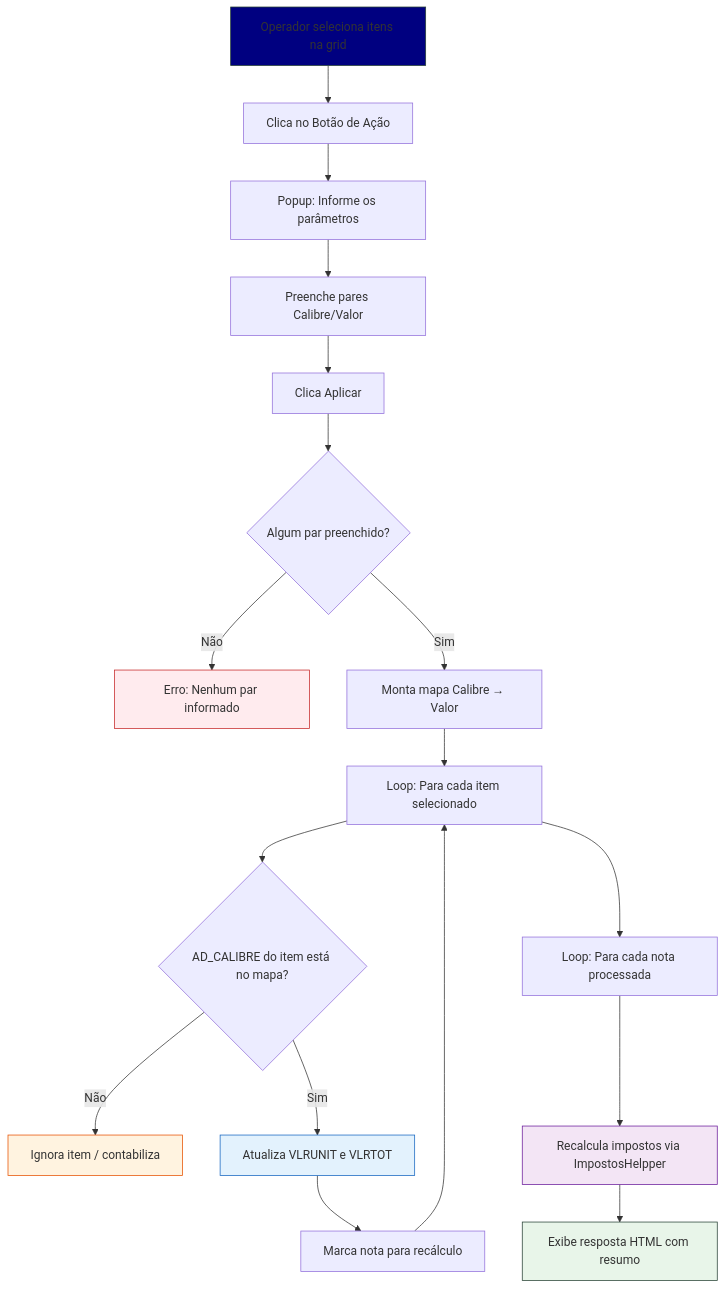
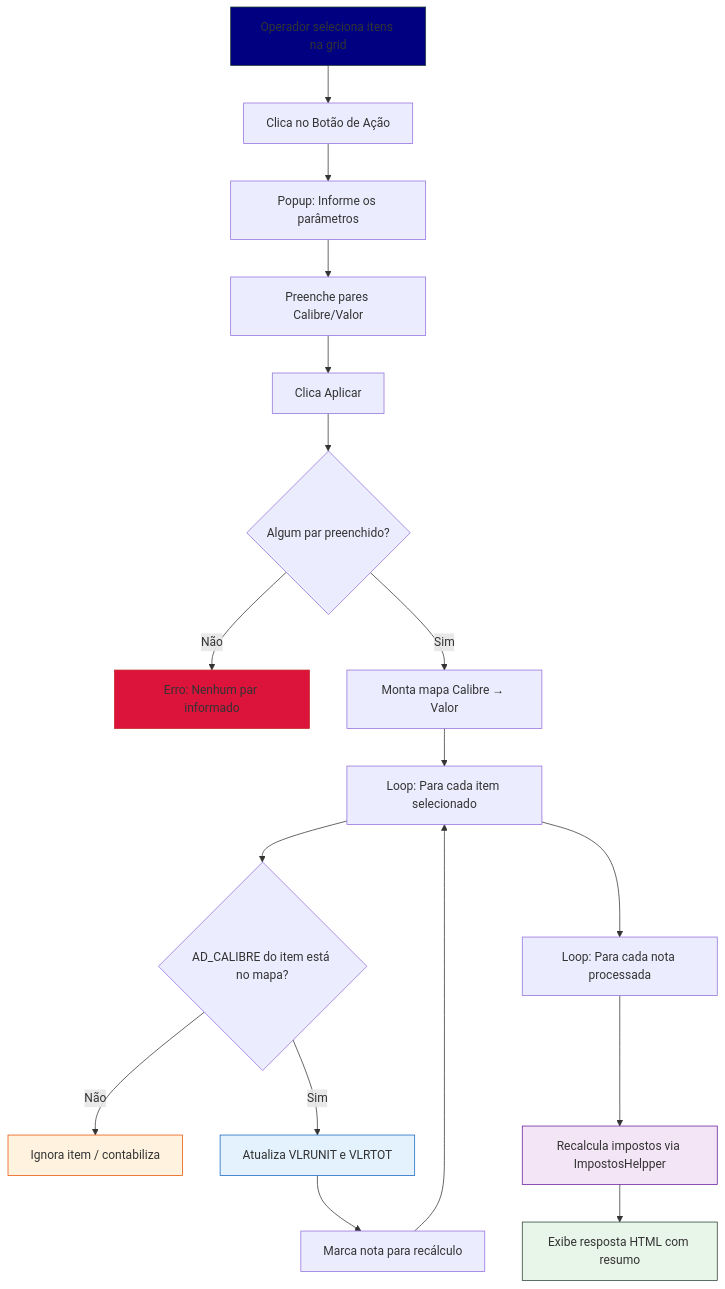
One commit to GrupoArgoFruta/BA-ATUALIZAR-CALIBRE-VLRUNITARIO changed the diagram in README.md. Above: the diagram before and after it, drawn with Mermaid.

Commit message:
docs(EB-XX): README.D inicores do fluxo

````diff
--- a/README.md
+++ b/README.md
@@ -126,26 +126,26 @@
 ```mermaid
 flowchart TD
     A[Operador seleciona itens na grid] --> B[Clica no Botão de Ação]
     B --> C[Popup: Informe os parâmetros]
     C --> D[Preenche pares Calibre/Valor]
     D --> E[Clica Aplicar]
     E --> F{Algum par preenchido?}
     F -- Não --> G[Erro: Nenhum par informado]
     F -- Sim --> H[Monta mapa Calibre → Valor]
     H --> I[Loop: Para cada item selecionado]
     I --> J{AD_CALIBRE do item está no mapa?}
     J -- Não --> K[Ignora item / contabiliza]
     J -- Sim --> L[Atualiza VLRUNIT e VLRTOT]
     L --> M[Marca nota para recálculo]
     M --> I
     I --> N[Loop: Para cada nota processada]
     N --> O[Recalcula impostos via ImpostosHelpper]
     O --> P[Exibe resposta HTML com resumo]
 
     style A fill:#000080,stroke:#274135
     style P fill:#e8f5e9,stroke:#274135
-    style G fill:#ffebee,stroke:#c62828
+    style G fill:#DC143C,stroke:#c62828
     style K fill:#fff3e0,stroke:#e65100
     style L fill:#e3f2fd,stroke:#1565c0
     style O fill:#f3e5f5,stroke:#6a1b9a
 ```
````
